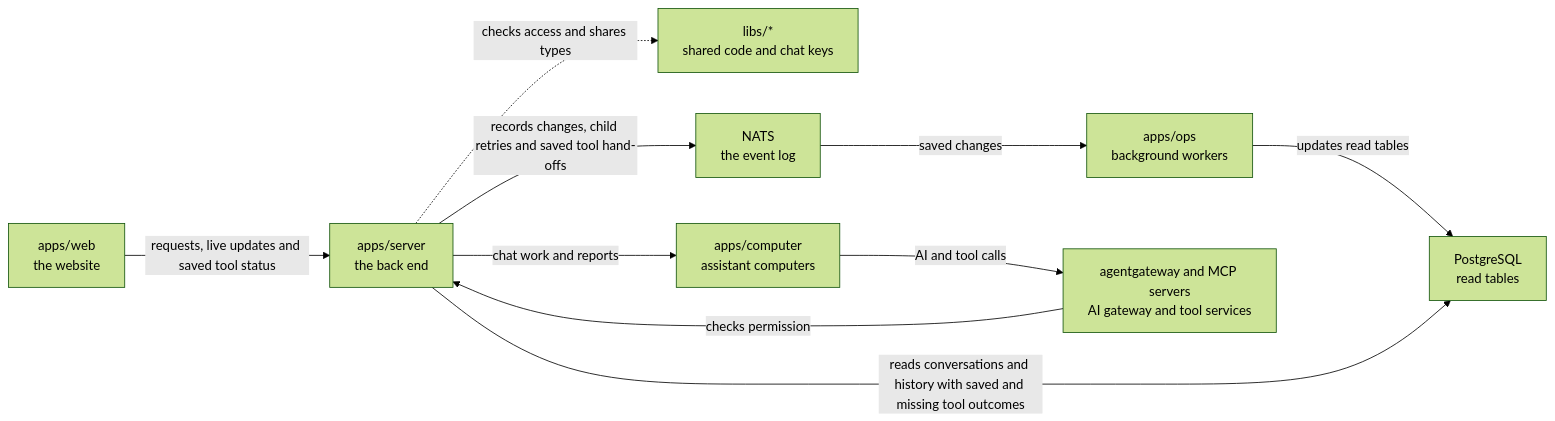
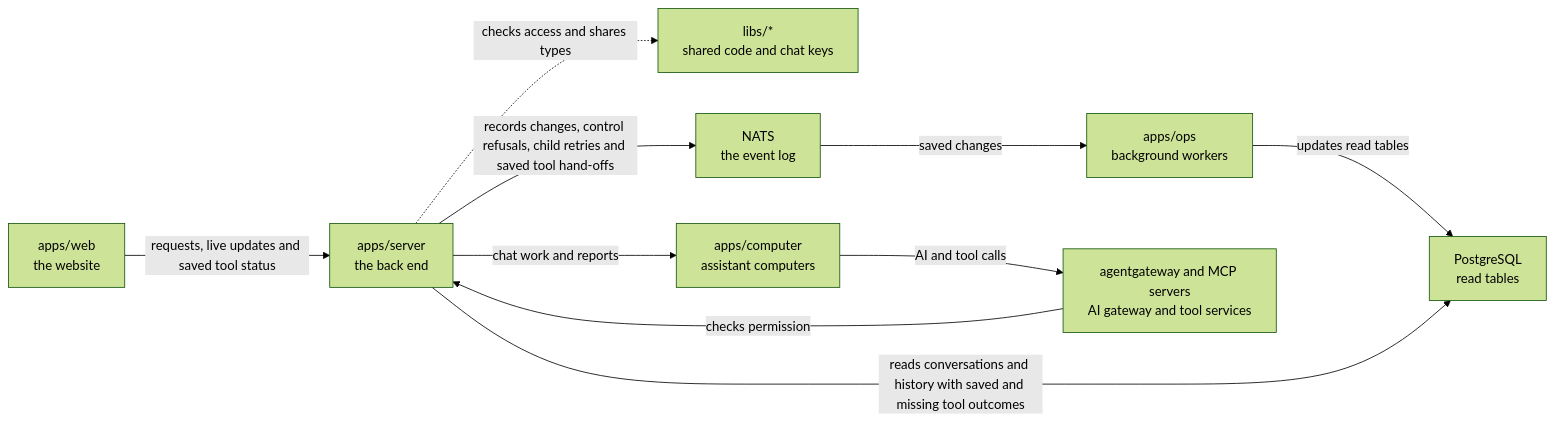
The diagram in apps/server/README.md (elewa-git/opencrane-new), drawn with Mermaid (forest theme) before and after one commit. The commit also changed other lines of this file and 19 other files, not shown here.

````diff
--- a/apps/server/README.md
+++ b/apps/server/README.md
@@ -26,12 +29,12 @@
 ```mermaid
 flowchart LR
   web["apps/web<br/>the website"] -->|requests, live updates and saved tool status| server["apps/server<br/>the back end"]
   server -.->|checks access and shares types| libs["libs/*<br/>shared code and chat keys"]
-  server -->|records changes, child retries and saved tool hand-offs| nats["NATS<br/>the event log"]
+  server -->|records changes, control refusals, child retries and saved tool hand-offs| nats["NATS<br/>the event log"]
   nats -->|saved changes| ops["apps/ops<br/>background workers"]
   ops -->|updates read tables| postgres["PostgreSQL<br/>read tables"]
   server -->|reads conversations and history with saved and missing tool outcomes| postgres
   server -->|chat work and reports| computer["apps/computer<br/>assistant computers"]
   computer -->|AI and tool calls| runtime["agentgateway and MCP servers<br/>AI gateway and tool services"]
   runtime -->|checks permission| server
 ```
````
